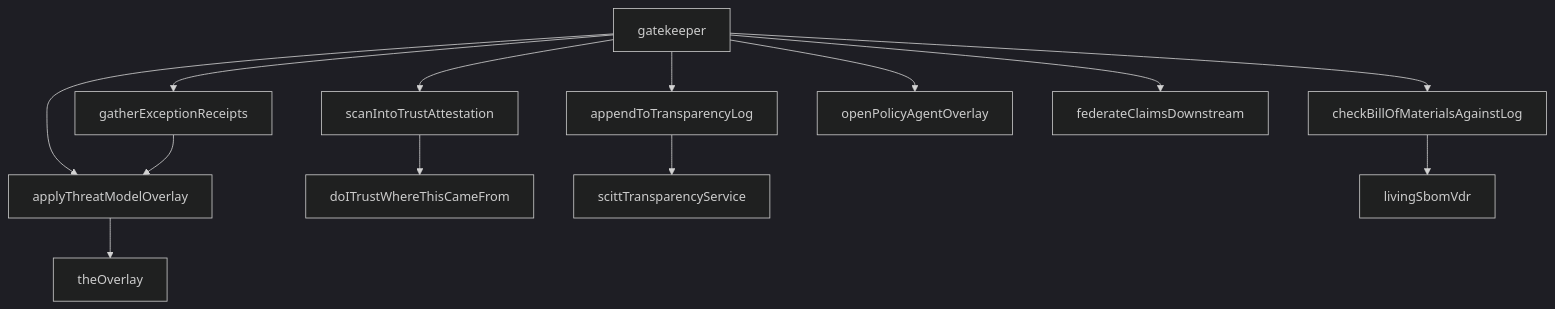
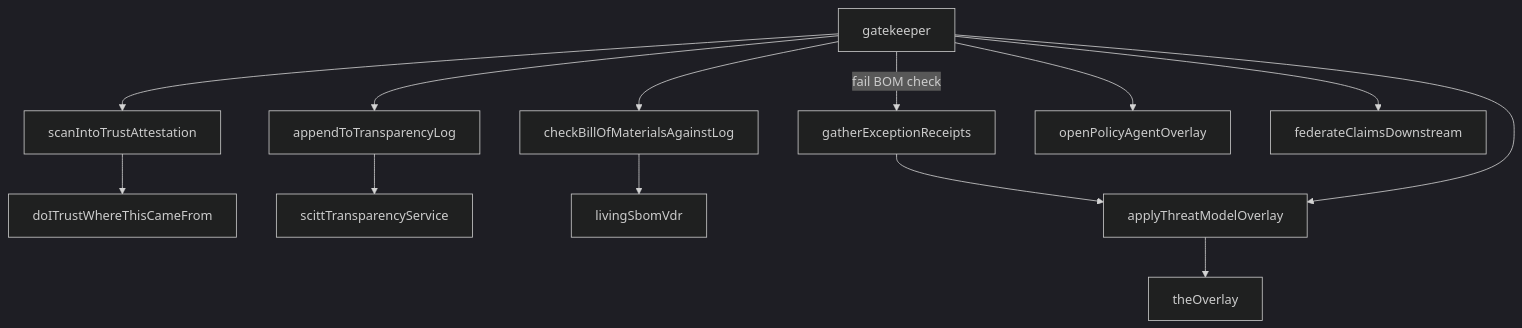
Before and after one commit to publicdomainrelay/open-architecture: the fourth of 6 diagrams in ARCHITECTURE_REPORT.md, drawn with Mermaid (dark theme). The commit also changed other lines of this file, not shown here.

Commit message:
docs: regenerate architecture report (submodule paths fixed)

````diff
--- a/ARCHITECTURE_REPORT.md
+++ b/ARCHITECTURE_REPORT.md
@@ -235,16 +292,15 @@
 ```mermaid
 graph TD
-  GK[gatekeeper] --> SITA[scanIntoTrustAttestation]
-  GK --> ATL[appendToTransparencyLog]
-  GK --> CBOMAL[checkBillOfMaterialsAgainstLog]
-  GK --> GER[gatherExceptionReceipts]
-  GK --> OPAO[openPolicyAgentOverlay]
-  GK --> ATMO[applyThreatModelOverlay]
-  GK --> FCD[federateClaimsDownstream]
-
-  SITA --> DITWCF[doITrustWhereThisCameFrom]
-  ATL --> STS[scittTransparencyService]
-  CBOMAL --> LSVDR[livingSbomVdr]
-  GER --> ATMO
-  ATMO --> TO[theOverlay]
+  gatekeeper --> scanIntoTrustAttestation
+  scanIntoTrustAttestation --> doITrustWhereThisCameFrom
+  gatekeeper --> appendToTransparencyLog
+  appendToTransparencyLog --> scittTransparencyService
+  gatekeeper --> checkBillOfMaterialsAgainstLog
+  checkBillOfMaterialsAgainstLog --> livingSbomVdr
+  gatekeeper -->|fail BOM check| gatherExceptionReceipts
+  gatherExceptionReceipts --> applyThreatModelOverlay
+  gatekeeper --> openPolicyAgentOverlay
+  gatekeeper --> applyThreatModelOverlay
+  applyThreatModelOverlay --> theOverlay
+  gatekeeper --> federateClaimsDownstream
 ```
````
